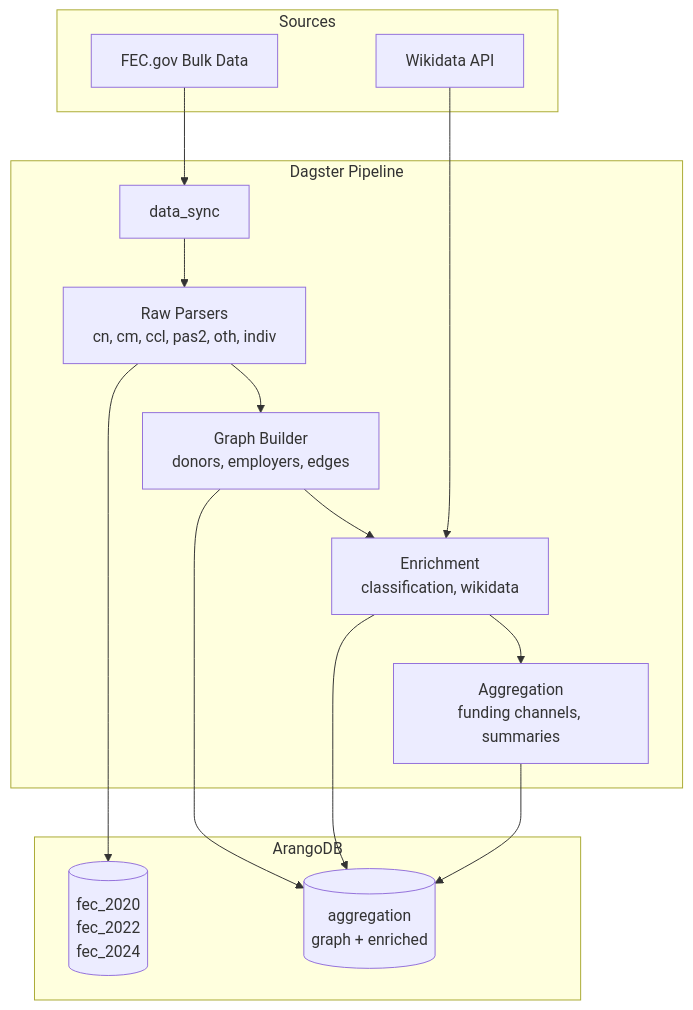
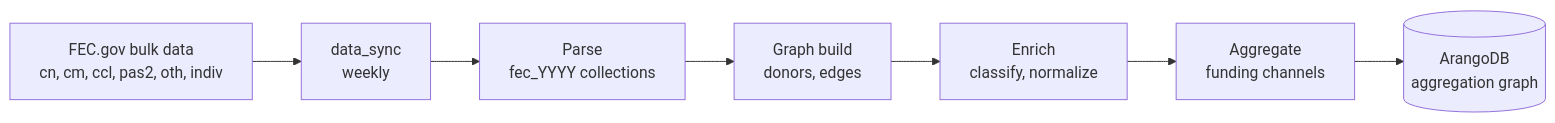
The diagram in README.md (vedantadhobley/legal-tender), drawn with Mermaid before and after one commit. The commit also changed other lines of this file and 14 other files, not shown here.

````diff
--- a/README.md
+++ b/README.md
@@ -41,26 +32,9 @@
 ```mermaid
-flowchart TB
-    subgraph Sources
-        FEC[FEC.gov Bulk Data]
-        WIKI[Wikidata API]
-    end
-
-    subgraph Dagster Pipeline
-        SYNC[data_sync] --> RAW[Raw Parsers<br/>cn, cm, ccl, pas2, oth, indiv]
-        RAW --> GRAPH[Graph Builder<br/>donors, employers, edges]
-        GRAPH --> ENRICH[Enrichment<br/>classification, wikidata]
-        ENRICH --> AGG[Aggregation<br/>funding channels, summaries]
-    end
-
-    subgraph ArangoDB
-        FEC_DB[(fec_2020<br/>fec_2022<br/>fec_2024)]
-        AGG_DB[(aggregation<br/>graph + enriched)]
-    end
-
-    FEC --> SYNC
-    WIKI --> ENRICH
-    RAW --> FEC_DB
-    GRAPH --> AGG_DB
-    ENRICH --> AGG_DB
-    AGG --> AGG_DB
+flowchart LR
+    FEC[FEC.gov bulk data<br/>cn, cm, ccl, pas2, oth, indiv] --> SYNC[data_sync<br/>weekly]
+    SYNC --> PARSE[Parse<br/>fec_YYYY collections]
+    PARSE --> GRAPH[Graph build<br/>donors, edges]
+    GRAPH --> ENRICH[Enrich<br/>classify, normalize]
+    ENRICH --> AGG[Aggregate<br/>funding channels]
+    AGG --> ARANGO[(ArangoDB<br/>aggregation graph)]
 ```
````
